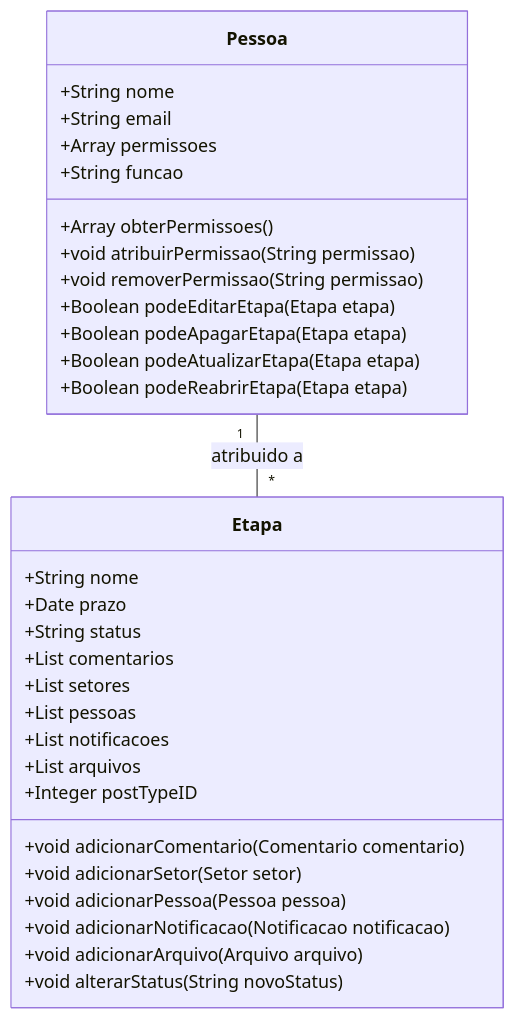
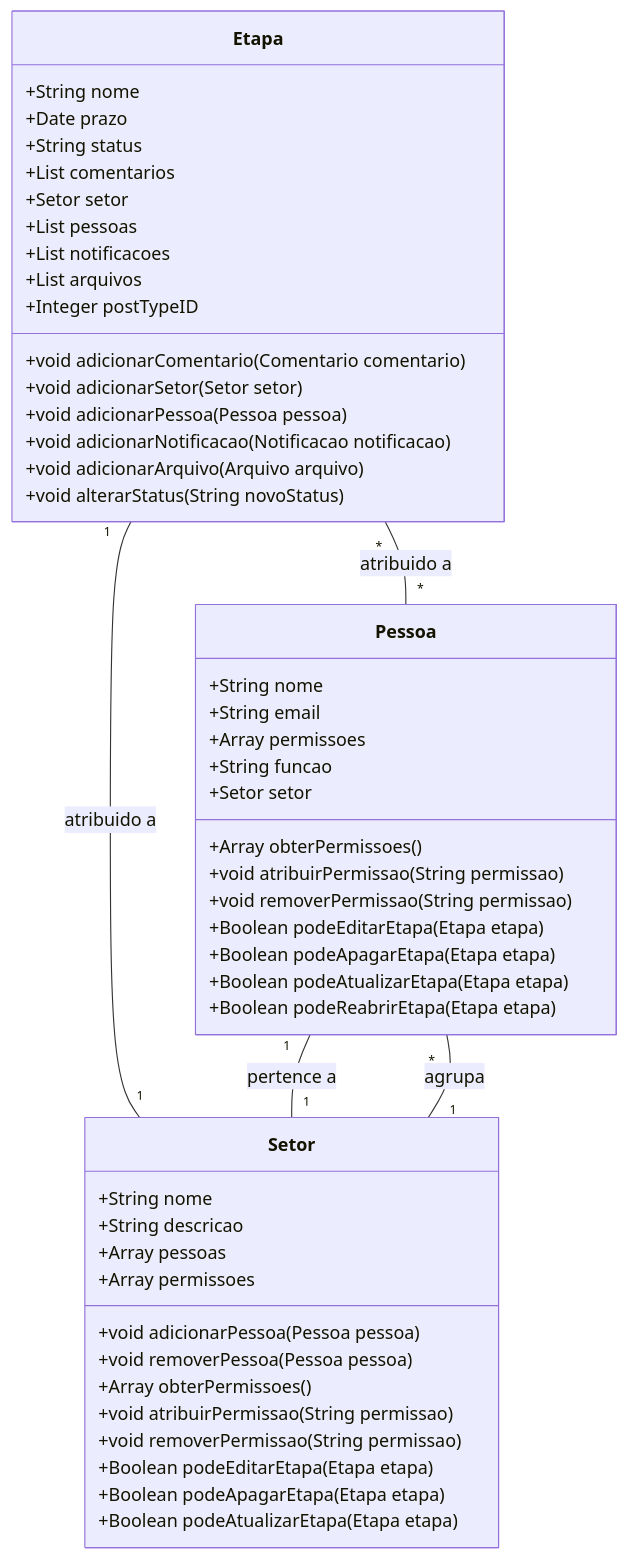
One commit to Nocs-lab/Obatala changed the first of 2 diagrams in mk-docs/docs/modelagem/classes/pessoa.md. Above: the diagram before and after it, drawn with Mermaid. The commit also changed other lines of this file and 8 other files, not shown here.

````diff
--- a/mk-docs/docs/modelagem/classes/pessoa.md
+++ b/mk-docs/docs/modelagem/classes/pessoa.md
@@ -77,36 +81,55 @@
 ```mermaid
 classDiagram
     class Pessoa {
         +String nome
         +String email
         +Array<String> permissoes
         +String funcao
+        +Setor setor
         +Array<String> obterPermissoes()
         +void atribuirPermissao(String permissao)
         +void removerPermissao(String permissao)
         +Boolean podeEditarEtapa(Etapa etapa)
         +Boolean podeApagarEtapa(Etapa etapa)
         +Boolean podeAtualizarEtapa(Etapa etapa)
         +Boolean podeReabrirEtapa(Etapa etapa)
     }
 
+    class Setor {
+        +String nome
+        +String descricao
+        +Array<Pessoa> pessoas
+        +Array<String> permissoes
+        +void adicionarPessoa(Pessoa pessoa)
+        +void removerPessoa(Pessoa pessoa)
+        +Array<String> obterPermissoes()
+        +void atribuirPermissao(String permissao)
+        +void removerPermissao(String permissao)
+        +Boolean podeEditarEtapa(Etapa etapa)
+        +Boolean podeApagarEtapa(Etapa etapa)
+        +Boolean podeAtualizarEtapa(Etapa etapa)
+    }
+
     class Etapa {
         +String nome
         +Date prazo
         +String status
         +List<Comentario> comentarios
-        +List<Setor> setores
+        +Setor setor
         +List<Pessoa> pessoas
         +List<Notificacao> notificacoes
         +List<Arquivo> arquivos
         +Integer postTypeID
         +void adicionarComentario(Comentario comentario)
         +void adicionarSetor(Setor setor)
         +void adicionarPessoa(Pessoa pessoa)
         +void adicionarNotificacao(Notificacao notificacao)
         +void adicionarArquivo(Arquivo arquivo)
         +void alterarStatus(String novoStatus)
     }
 
-    Pessoa "1" -- "*" Etapa : atribuido a
+    Pessoa "1" -- "1" Setor : pertence a
+    Setor "1" -- "*" Pessoa : agrupa
+    Etapa "1" -- "1" Setor : atribuido a
+    Etapa "*" -- "*" Pessoa : atribuido a
 ```
````
